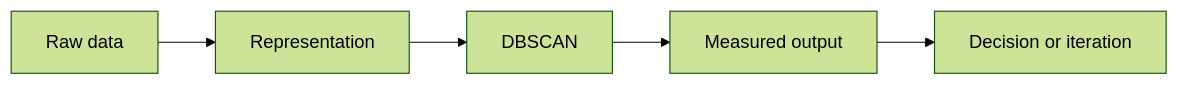
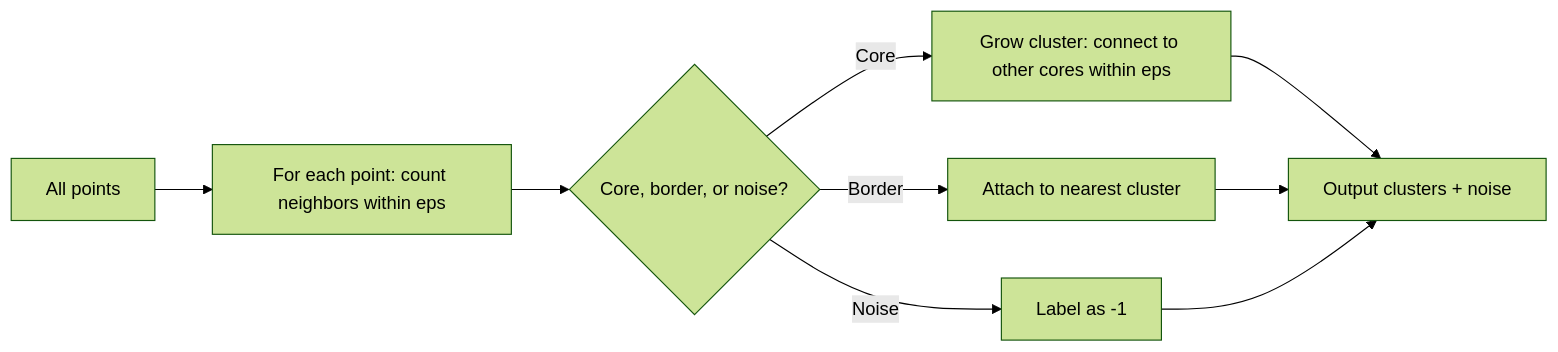
One commit to Icon1cc/Machine-Learning changed the diagram in classical-ml/12-dbscan.md. Above: the diagram before and after it, drawn with Mermaid (forest theme). The commit also changed other lines of this file and 264 other files, not shown here.

````diff
--- a/classical-ml/12-dbscan.md
+++ b/classical-ml/12-dbscan.md
@@ -92,7 +172,11 @@
 ```mermaid
 flowchart LR
-    A[Raw data] --> B[Representation]
-    B --> C[DBSCAN]
-    C --> D[Measured output]
-    D --> E[Decision or iteration]
+    P[All points] --> N[For each point: count neighbors within eps]
+    N --> C{Core, border, or noise?}
+    C -- Core --> G[Grow cluster: connect to other cores within eps]
+    C -- Border --> A[Attach to nearest cluster]
+    C -- Noise --> X[Label as -1]
+    G --> O[Output clusters + noise]
+    A --> O
+    X --> O
 ```
````
